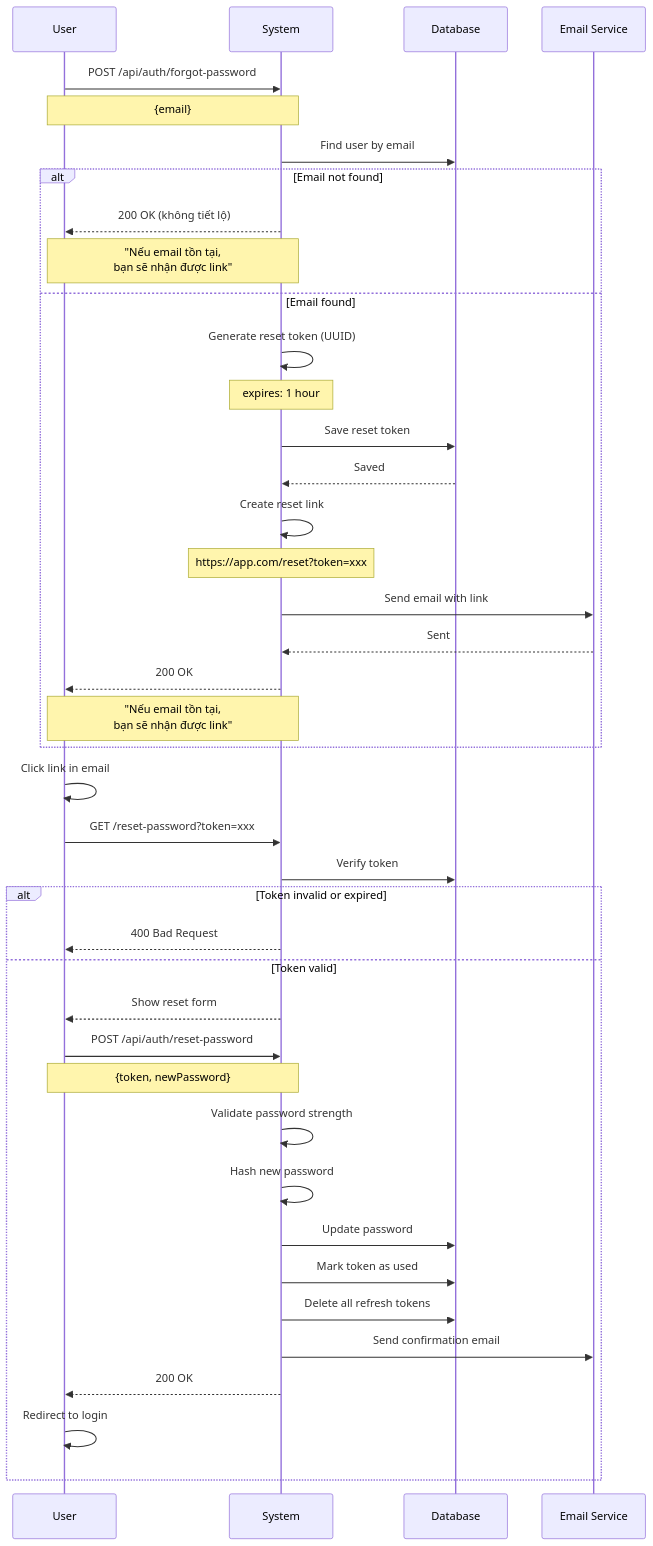
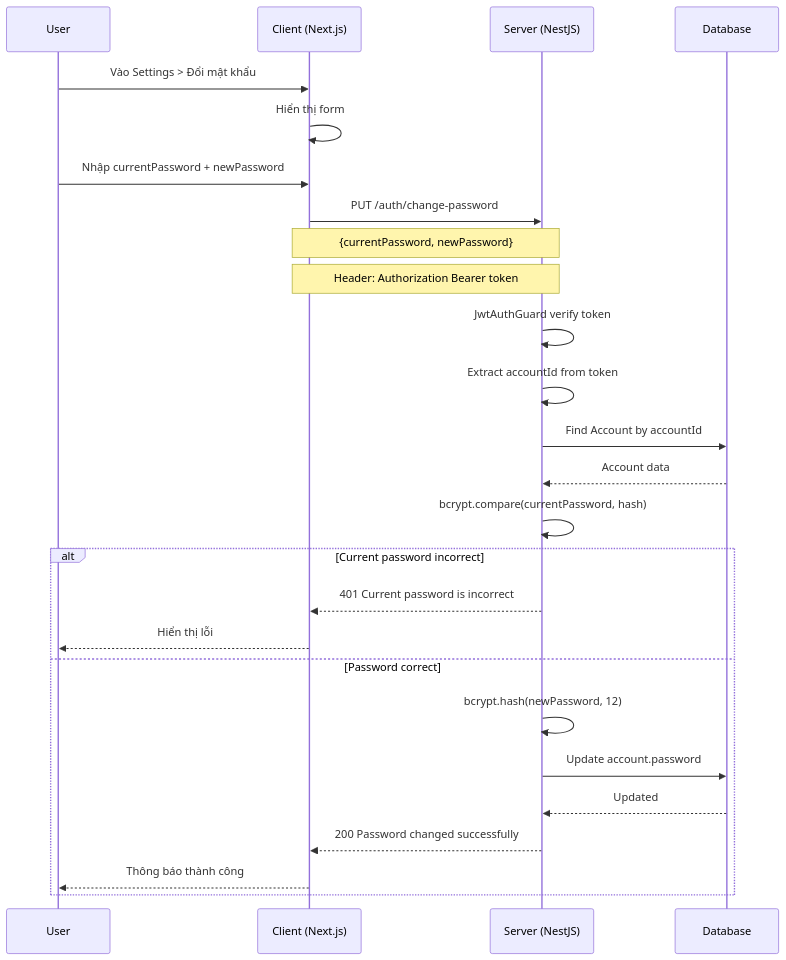
One commit to huy1235588/restaurant-management changed the eighth of 12 diagrams in docs/diagrams/AUTHENTICATION_MANAGEMENT_DIAGRAMS.md. Above: the diagram before and after it, drawn with Mermaid. The commit also changed other lines of this file and 18 other files, not shown here.

Commit message:
Update documentation for Order Management, Reservation Management, and Staff Management modules to reflect real-world implementation as of June 2025. Enhance data structures, API endpoints, and feature descriptions while noting future development plans and integration details.

````diff
--- a/docs/diagrams/AUTHENTICATION_MANAGEMENT_DIAGRAMS.md
+++ b/docs/diagrams/AUTHENTICATION_MANAGEMENT_DIAGRAMS.md
@@ -271,57 +256,35 @@
 ```mermaid
 sequenceDiagram
     participant U as User
-    participant S as System
+    participant C as Client (Next.js)
+    participant S as Server (NestJS)
     participant DB as Database
-    participant E as Email Service
     
-    U->>S: POST /api/auth/forgot-password
-    Note over U,S: {email}
+    U->>C: Vào Settings > Đổi mật khẩu
+    C->>C: Hiển thị form
+    U->>C: Nhập currentPassword + newPassword
     
-    S->>DB: Find user by email
+    C->>S: PUT /auth/change-password
+    Note over C,S: {currentPassword, newPassword}
+    Note over C,S: Header: Authorization Bearer token
     
-    alt Email not found
-        S-->>U: 200 OK (không tiết lộ)
-        Note over S,U: "Nếu email tồn tại,<br/>bạn sẽ nhận được link"
-    else Email found
-        S->>S: Generate reset token (UUID)
-        Note over S: expires: 1 hour
+    S->>S: JwtAuthGuard verify token
+    S->>S: Extract accountId from token
+    
+    S->>DB: Find Account by accountId
+    DB-->>S: Account data
+    
+    S->>S: bcrypt.compare(currentPassword, hash)
+    
+    alt Current password incorrect
+        S-->>C: 401 Current password is incorrect
+        C-->>U: Hiển thị lỗi
+    else Password correct
+        S->>S: bcrypt.hash(newPassword, 12)
+        S->>DB: Update account.password
+        DB-->>S: Updated
         
-        S->>DB: Save reset token
-        DB-->>S: Saved
-        
-        S->>S: Create reset link
-        Note over S: https://app.com/reset?token=xxx
-        
-        S->>E: Send email with link
-        E-->>S: Sent
-        
-        S-->>U: 200 OK
-        Note over S,U: "Nếu email tồn tại,<br/>bạn sẽ nhận được link"
-    end
-    
-    U->>U: Click link in email
-    U->>S: GET /reset-password?token=xxx
-    
-    S->>DB: Verify token
-    
-    alt Token invalid or expired
-        S-->>U: 400 Bad Request
-    else Token valid
-        S-->>U: Show reset form
-        
-        U->>S: POST /api/auth/reset-password
-        Note over U,S: {token, newPassword}
-        
-        S->>S: Validate password strength
-        S->>S: Hash new password
-        S->>DB: Update password
-        S->>DB: Mark token as used
-        S->>DB: Delete all refresh tokens
-        
-        S->>E: Send confirmation email
-        
-        S-->>U: 200 OK
-        U->>U: Redirect to login
+        S-->>C: 200 Password changed successfully
+        C-->>U: Thông báo thành công
     end
 ```
````
